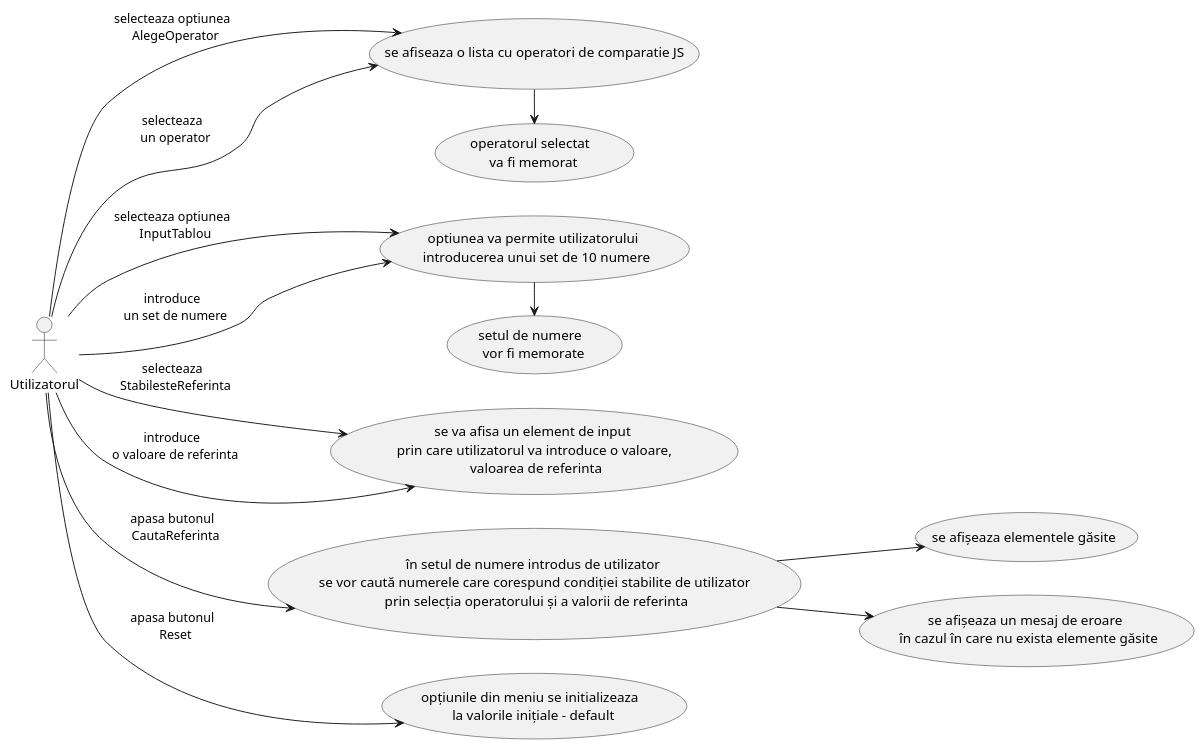
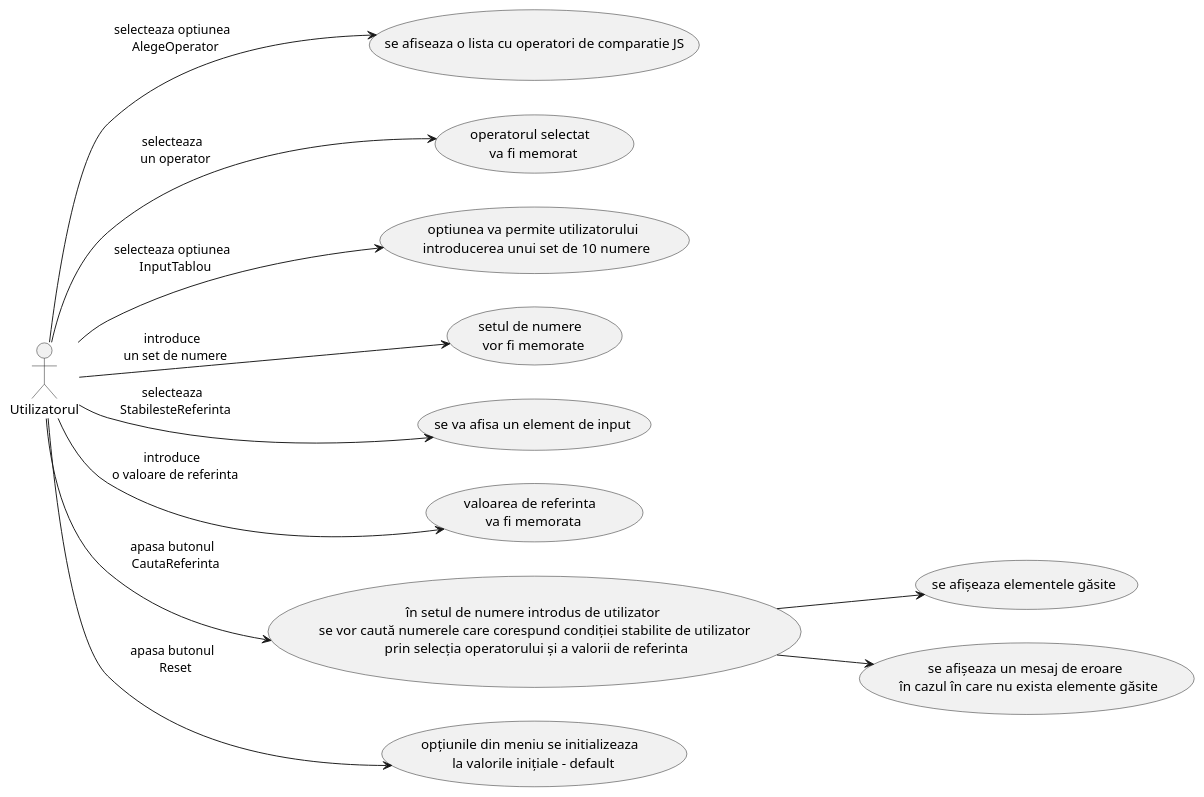
The diagram in Use Case.puml (CalinMargineanu/SearchApp), drawn with PlantUML before and after one commit.

```diff
--- a/Use Case.puml
+++ b/Use Case.puml
@@ -1,19 +1,20 @@
 @startuml
 
 left to right direction
 
 Utilizatorul --> (se afiseaza o lista cu operatori de comparatie JS) : selecteaza optiunea \n AlegeOperator
-Utilizatorul --> (se afiseaza o lista cu operatori de comparatie JS) : selecteaza \n un operator
-(se afiseaza o lista cu operatori de comparatie JS) -> (operatorul selectat \n va fi memorat)
+Utilizatorul --> (operatorul selectat \n va fi memorat) : selecteaza \n un operator
+
 Utilizatorul --> (optiunea va permite utilizatorului \n introducerea unui set de 10 numere) : selecteaza optiunea \n InputTablou
-Utilizatorul --> (optiunea va permite utilizatorului \n introducerea unui set de 10 numere) : introduce \n un set de numere
-(optiunea va permite utilizatorului \n introducerea unui set de 10 numere) -> (setul de numere \n vor fi memorate)
-Utilizatorul --> (se va afisa un element de input \n prin care utilizatorul va introduce o valoare, \n valoarea de referinta) : selecteaza \n StabilesteReferinta
-Utilizatorul --> (se va afisa un element de input \n prin care utilizatorul va introduce o valoare, \n valoarea de referinta) : introduce \n o valoare de referinta
+Utilizatorul --> (setul de numere \n vor fi memorate) : introduce \n un set de numere
+
+Utilizatorul --> (se va afisa un element de input) : selecteaza \n StabilesteReferinta
+Utilizatorul --> (valoarea de referinta \n va fi memorata) : introduce \n o valoare de referinta
+
 Utilizatorul --> (în setul de numere introdus de utilizator \n se vor caută numerele care corespund condiției stabilite de utilizator \n prin selecția operatorului și a valorii de referinta) : apasa butonul \n CautaReferinta
 (în setul de numere introdus de utilizator \n se vor caută numerele care corespund condiției stabilite de utilizator \n prin selecția operatorului și a valorii de referinta) --> (se afișeaza elementele găsite)
 (în setul de numere introdus de utilizator \n se vor caută numerele care corespund condiției stabilite de utilizator \n prin selecția operatorului și a valorii de referinta) --> (se afișeaza un mesaj de eroare \n în cazul în care nu exista elemente găsite)
 
 Utilizatorul --> (opțiunile din meniu se initializeaza \n la valorile inițiale - default) : apasa butonul \n Reset
 
 @enduml
```
